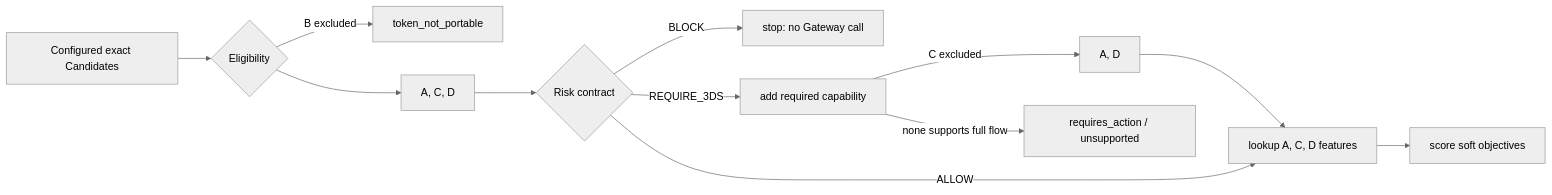
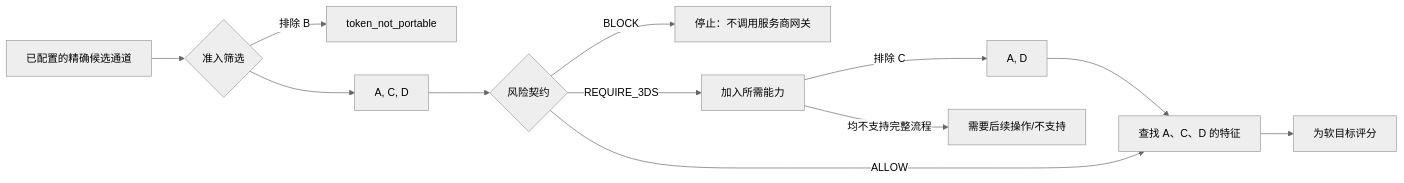
The first of 3 diagrams in part-2-routing-engine/provider-scoring.md (YouEclipse/Designing-Modern-Payment-Systems), drawn with Mermaid (neutral theme) before and after one commit. The commit also changed other lines of this file and 59 other files, not shown here.

````diff
--- a/part-2-routing-engine/provider-scoring.md
+++ b/part-2-routing-engine/provider-scoring.md
@@ -38,14 +38,14 @@
 ```mermaid
 flowchart LR
-    All["Configured exact Candidates"] --> Eligibility{"Eligibility"}
-    Eligibility -->|"B excluded"| ExB["token_not_portable"]
+    All["已配置的精确候选通道"] --> Eligibility{"准入筛选"}
+    Eligibility -->|"排除 B"| ExB["token_not_portable"]
     Eligibility --> Allowed["A, C, D"]
-    Allowed --> Risk{"Risk contract"}
-    Risk -->|"BLOCK"| Stop["stop: no Gateway call"]
-    Risk -->|"REQUIRE_3DS"| Auth["add required capability"]
-    Auth -->|"C excluded"| AuthSet["A, D"]
-    Auth -->|"none supports full flow"| Unsupported["requires_action / unsupported"]
+    Allowed --> Risk{"风险契约"}
+    Risk -->|"BLOCK"| Stop["停止：不调用服务商网关"]
+    Risk -->|"REQUIRE_3DS"| Auth["加入所需能力"]
+    Auth -->|"排除 C"| AuthSet["A, D"]
+    Auth -->|"均不支持完整流程"| Unsupported["需要后续操作/不支持"]
     AuthSet --> Features
-    Risk -->|"ALLOW"| Features["lookup A, C, D features"]
-    Features --> Score["score soft objectives"]
+    Risk -->|"ALLOW"| Features["查找 A、C、D 的特征"]
+    Features --> Score["为软目标评分"]
 ```
````
